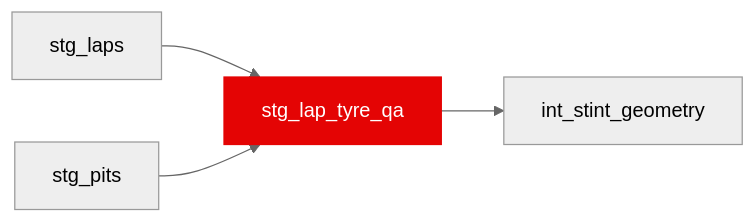
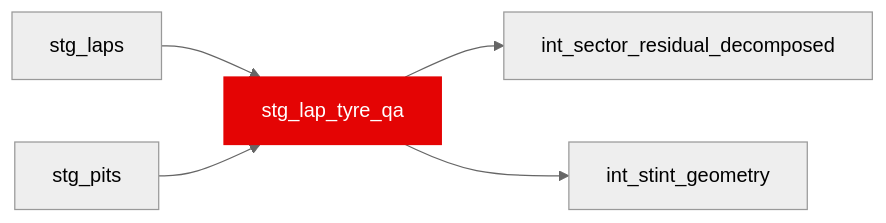
The diagram in docs/reference/models/stg/stg_lap_tyre_qa.mdx (JustinClarke/off-the-pace), drawn with Mermaid (neutral theme) before and after one commit. The commit also changed 79 other files, not shown here.

````diff
--- a/docs/reference/models/stg/stg_lap_tyre_qa.mdx
+++ b/docs/reference/models/stg/stg_lap_tyre_qa.mdx
@@ -15,7 +15,8 @@
 ```mermaid
 flowchart LR
   stg_laps --> stg_lap_tyre_qa
   stg_pits --> stg_lap_tyre_qa
+  stg_lap_tyre_qa --> int_sector_residual_decomposed
   stg_lap_tyre_qa --> int_stint_geometry
   style stg_lap_tyre_qa fill:#e40404,stroke:#e40404,color:#fff
 ```
````
